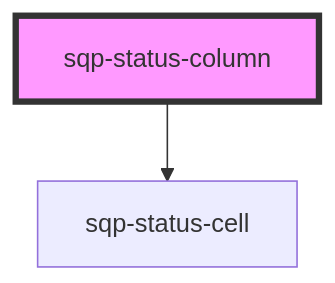
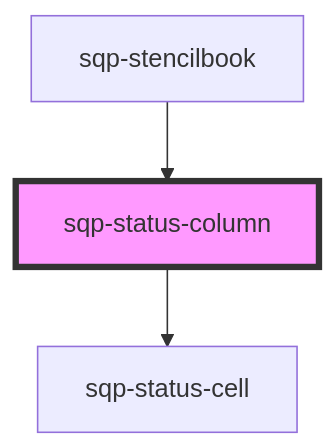
One commit to saasquatch/program-tools changed the diagram in packages/paypal-components/src/components/sqp-status-column/readme.md. Above: the diagram before and after it, drawn with Mermaid. The commit also changed other lines of this file and 5 other files, not shown here.

````diff
--- a/packages/paypal-components/src/components/sqp-status-column/readme.md
+++ b/packages/paypal-components/src/components/sqp-status-column/readme.md
@@ -50,5 +54,6 @@
 ```mermaid
 graph TD;
   sqp-status-column --> sqp-status-cell
+  sqp-stencilbook --> sqp-status-column
   style sqp-status-column fill:#f9f,stroke:#333,stroke-width:4px
 ```
````
